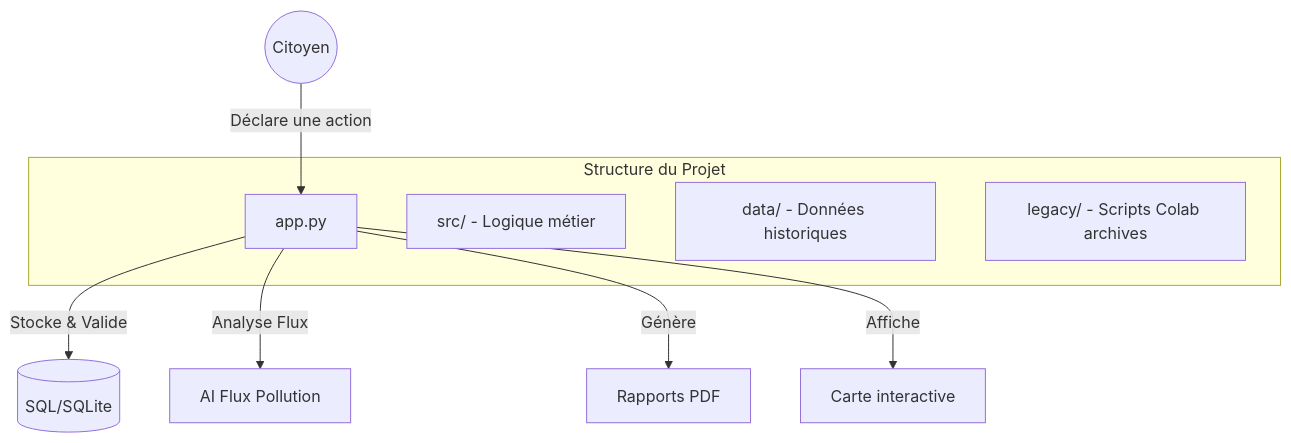
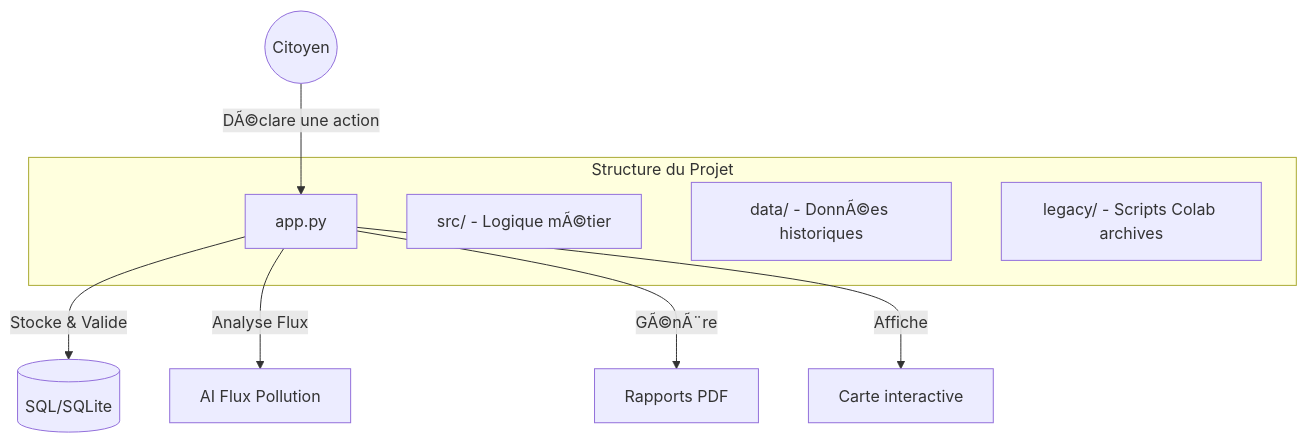
One commit to maxd4/CleanmyMap changed the diagram in README.md. Above: the diagram before and after it, drawn with Mermaid. The commit also changed other lines of this file and 85 other files, not shown here.

````diff
--- a/README.md
+++ b/README.md
@@ -26,15 +26,15 @@
 ```mermaid
 graph TD
-    User((Citoyen)) -->|Déclare une action| App[app.py]
+    User((Citoyen)) -->|DÃ©clare une action| App[app.py]
     App -->|Stocke & Valide| DB[(SQL/SQLite)]
     App -->|Analyse Flux| AI[AI Flux Pollution]
-    App -->|Génère| PDF[Rapports PDF]
+    App -->|GÃ©nÃ¨re| PDF[Rapports PDF]
     App -->|Affiche| Map[Carte interactive]
     
     subgraph "Structure du Projet"
         App
-        src[src/ - Logique métier]
-        data[data/ - Données historiques]
+        src[src/ - Logique mÃ©tier]
+        data[data/ - DonnÃ©es historiques]
         legacy[legacy/ - Scripts Colab archives]
     end
 ```
````
